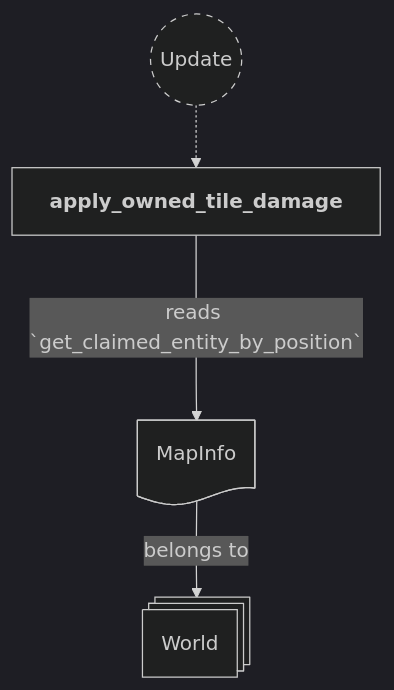
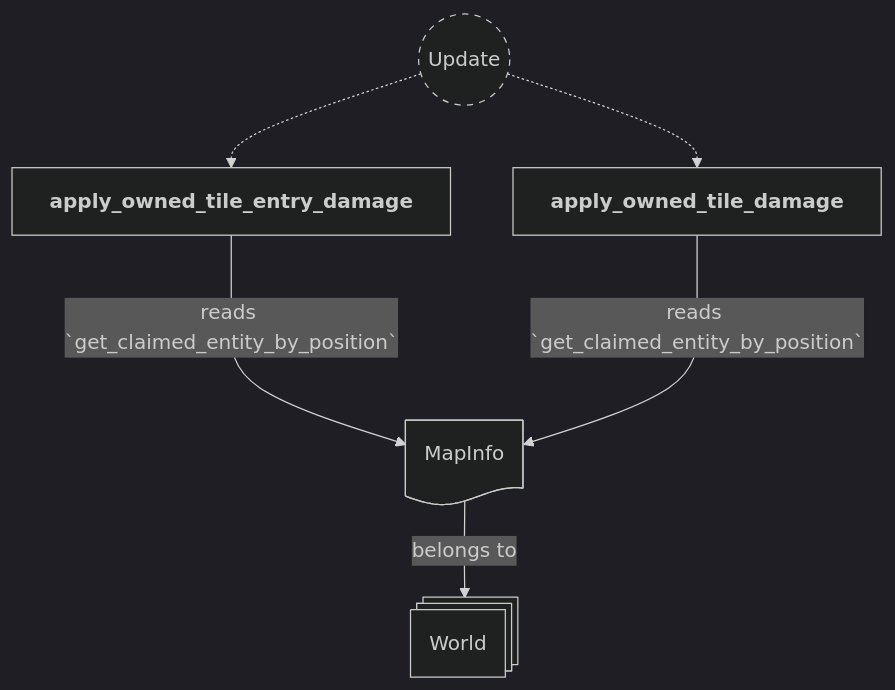
Before and after one commit to neurosoup/tyled: the fourth of 9 diagrams in backlog/docs/doc-11 - 009-Damage-plugin.md, drawn with Mermaid. The commit also changed other lines of this file and 1 other file, not shown here.

First line of the commit message:
Fix: damage players on entering opponent-claimed tiles

````diff
--- a/backlog/docs/doc-11 - 009-Damage-plugin.md
+++ b/backlog/docs/doc-11 - 009-Damage-plugin.md
@@ -151,21 +184,24 @@
 ```mermaid
 ---
 config:
   theme: dark
 ---
 
 flowchart TD
 classDef system-group stroke-dasharray: 5 5
 
 update(("`Update`")):::system-group
+apply_owned_tile_entry_damage["`**apply_owned_tile_entry_damage**`"]
 apply_owned_tile_damage["`**apply_owned_tile_damage**`"]
 
+update -.-> apply_owned_tile_entry_damage
 update -.-> apply_owned_tile_damage
 
 world@{ shape: st-rect, label: "World" }
 map_info_res@{ shape: doc, label: "MapInfo" }
 
 map_info_res --> |belongs to| world
 
+apply_owned_tile_entry_damage ---> |reads `get_claimed_entity_by_position`| map_info_res
 apply_owned_tile_damage ---> |reads `get_claimed_entity_by_position`| map_info_res
 ```
````
